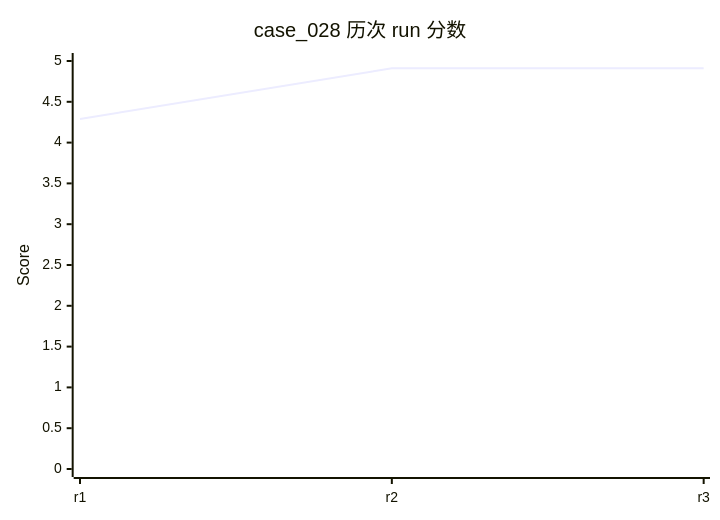
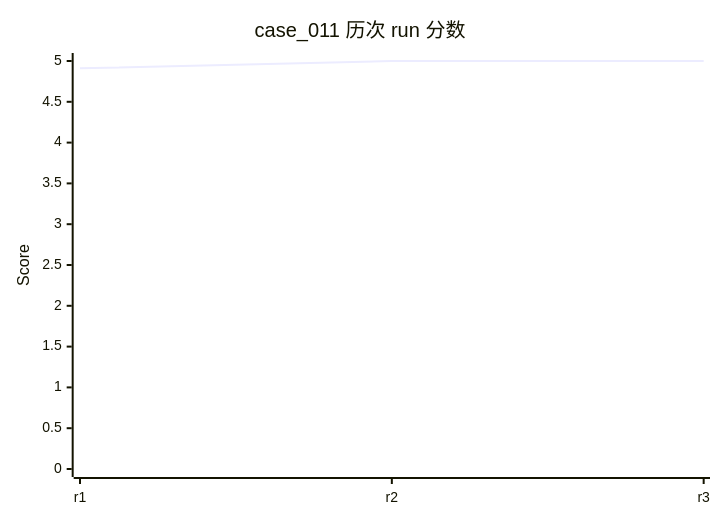
Before and after one commit to rushengzhou/sid-code: diagram 16 of 34 in evals/DASHBOARD.md, drawn with Mermaid. The commit also changed other lines of this file and 63 other files, not shown here.

````diff
--- a/evals/DASHBOARD.md
+++ b/evals/DASHBOARD.md
@@ -279,7 +372,7 @@
 ```mermaid
 xychart-beta
-    title "case_028 历次 run 分数"
+    title "case_011 历次 run 分数"
     x-axis [r1, r2, r3]
     y-axis "Score" 0 --> 5
-    line [4.29, 4.91, 4.91]
+    line [4.91, 5.00, 5.00]
 ```
````
